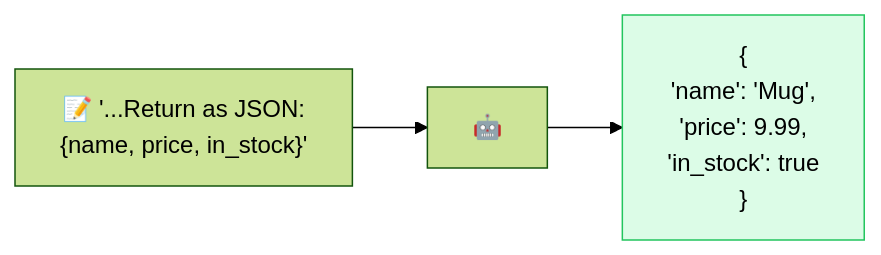
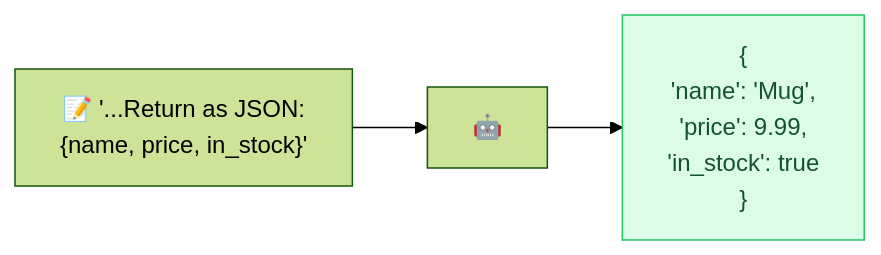
One commit to behnia137/prompt-engineering-visual changed the diagram in techniques/output-format.md. Above: the diagram before and after it, drawn with Mermaid (forest theme). The commit also changed 24 other files, not shown here.

First line of the commit message:
Fix Mermaid: escaped-quote parse errors + dark-mode text contrast

````diff
--- a/techniques/output-format.md
+++ b/techniques/output-format.md
@@ -7,6 +7,6 @@
 ```mermaid
 flowchart LR
     P["📝 '...Return as JSON:<br/>{name, price, in_stock}'"] --> AI[🤖]
     AI --> J["{<br/>  'name': 'Mug',<br/>  'price': 9.99,<br/>  'in_stock': true<br/>}"]
-    style J fill:#dcfce7,stroke:#22c55e
+    style J fill:#dcfce7,stroke:#22c55e,color:#14532d
 ```
````
